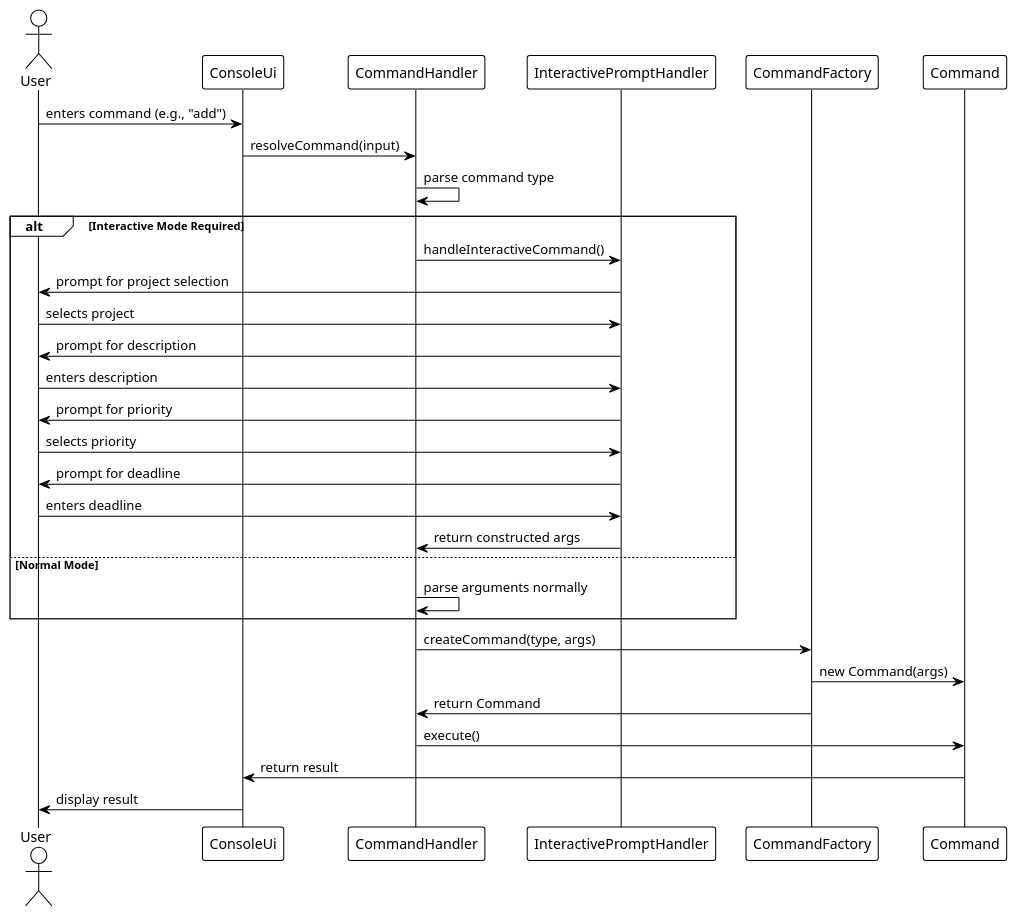
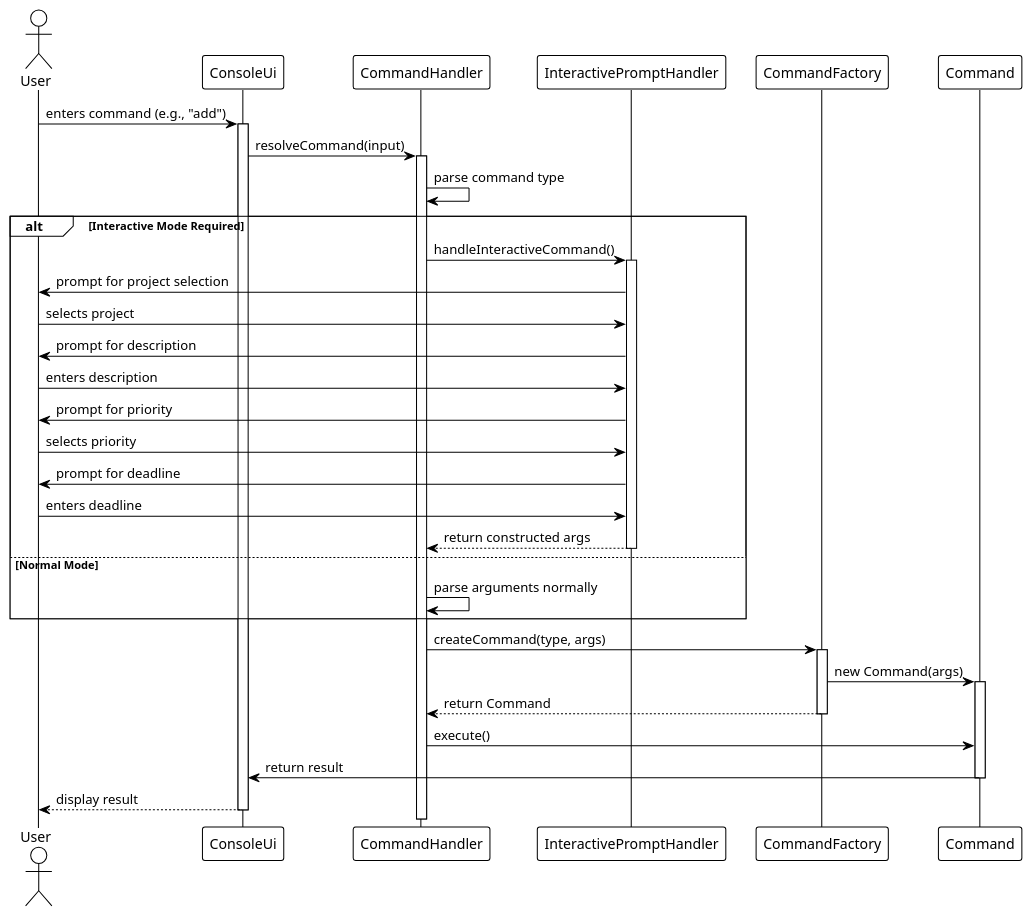
The diagram in docs/plantUML/command-processing-sequence/command-processing-sequence-diagram.puml (sean6369/tp), drawn with PlantUML before and after one commit. The commit also changed 10 other files, not shown here.

First line of the commit message:
Update all sequence diagrams to follow proper UML standards

```diff
--- a/docs/plantUML/command-processing-sequence/command-processing-sequence-diagram.puml
+++ b/docs/plantUML/command-processing-sequence/command-processing-sequence-diagram.puml
@@ -1,39 +1,48 @@
 @startuml Command Processing Sequence Diagram
 !theme plain
 skinparam classAttributeIconSize 0
 hide stereotype
 
 actor User
 participant ConsoleUi
 participant CommandHandler
 participant InteractivePromptHandler
 participant CommandFactory
 participant Command
 
 User -> ConsoleUi: enters command (e.g., "add")
+activate ConsoleUi
 ConsoleUi -> CommandHandler: resolveCommand(input)
+activate CommandHandler
 CommandHandler -> CommandHandler: parse command type
 
 alt Interactive Mode Required
     CommandHandler -> InteractivePromptHandler: handleInteractiveCommand()
+    activate InteractivePromptHandler
     InteractivePromptHandler -> User: prompt for project selection
     User -> InteractivePromptHandler: selects project
     InteractivePromptHandler -> User: prompt for description
     User -> InteractivePromptHandler: enters description
     InteractivePromptHandler -> User: prompt for priority
     User -> InteractivePromptHandler: selects priority
     InteractivePromptHandler -> User: prompt for deadline
     User -> InteractivePromptHandler: enters deadline
-    InteractivePromptHandler -> CommandHandler: return constructed args
+    InteractivePromptHandler --> CommandHandler: return constructed args
+    deactivate InteractivePromptHandler
 else Normal Mode
     CommandHandler -> CommandHandler: parse arguments normally
 end
 
 CommandHandler -> CommandFactory: createCommand(type, args)
+activate CommandFactory
 CommandFactory -> Command: new Command(args)
-CommandFactory -> CommandHandler: return Command
+activate Command
+CommandFactory --> CommandHandler: return Command
+deactivate CommandFactory
 CommandHandler -> Command: execute()
 Command -> ConsoleUi: return result
-ConsoleUi -> User: display result
+deactivate Command
+ConsoleUi --> User: display result
+deactivate ConsoleUi
 
 @enduml
```
